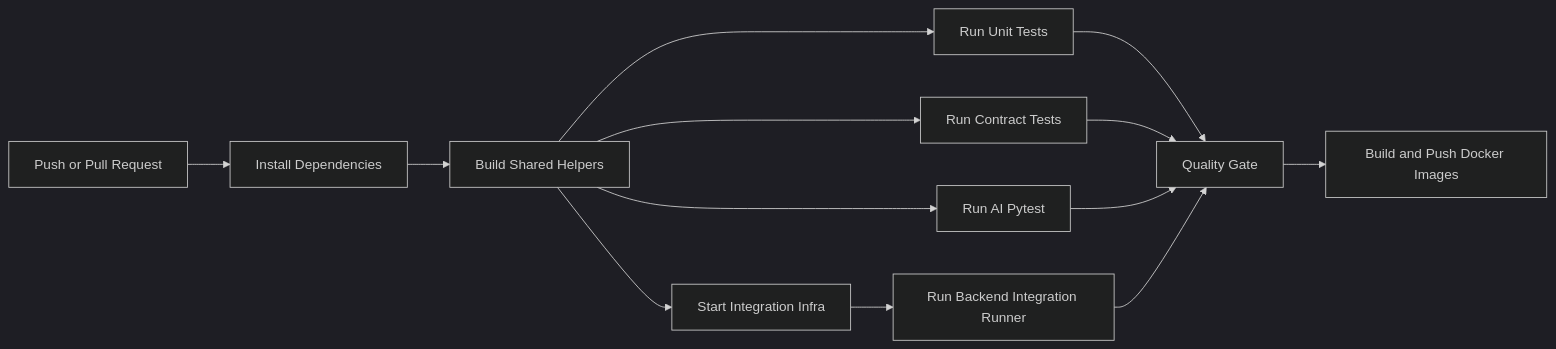
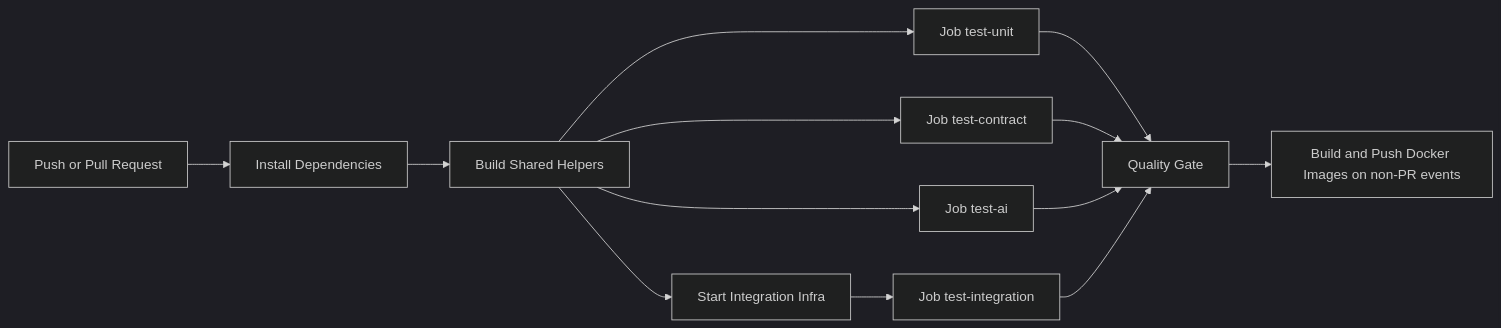
One commit to foxxiee04/Cab-Booking-System-Project changed the sixth of 6 diagrams in README.md. Above: the diagram before and after it, drawn with Mermaid (dark theme). The commit also changed other lines of this file and 7 other files, not shown here.

````diff
--- a/README.md
+++ b/README.md
@@ -595,15 +598,15 @@
 ```mermaid
 flowchart LR
     Start[Push or Pull Request] --> Install[Install Dependencies]
     Install --> Shared[Build Shared Helpers]
-    Shared --> Unit[Run Unit Tests]
-    Shared --> Contract[Run Contract Tests]
-    Shared --> AI[Run AI Pytest]
+    Shared --> Unit[Job test-unit]
+    Shared --> Contract[Job test-contract]
+    Shared --> AI[Job test-ai]
     Shared --> Infra[Start Integration Infra]
-    Infra --> Integration[Run Backend Integration Runner]
+    Infra --> Integration[Job test-integration]
     Unit --> Gate[Quality Gate]
     Contract --> Gate
     AI --> Gate
     Integration --> Gate
-    Gate --> Push[Build and Push Docker Images]
+    Gate --> Push[Build and Push Docker Images on non-PR events]
 ```
````
